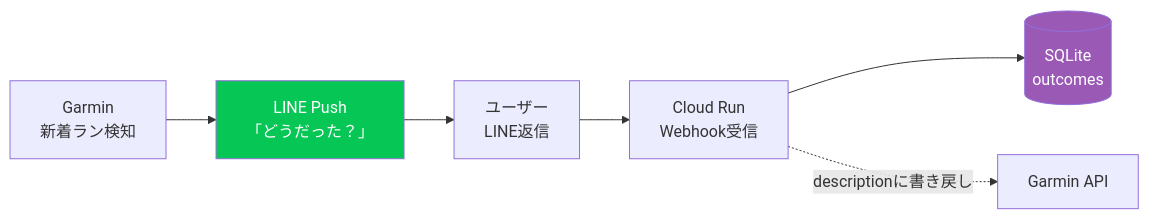
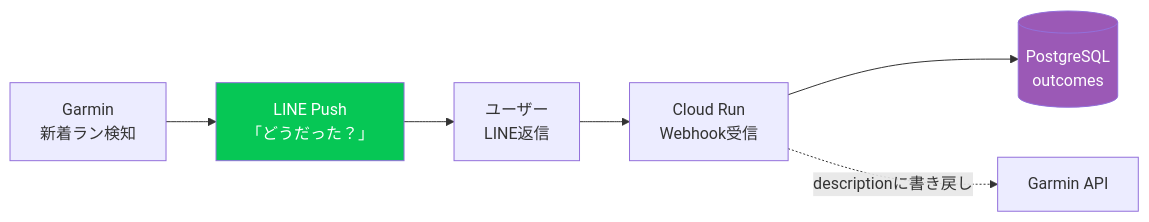
One commit to fuzztarou/run-coach changed the second of 2 diagrams in docs/phase7-line.md. Above: the diagram before and after it, drawn with Mermaid. The commit also changed other lines of this file and 4 other files, not shown here.

````diff
--- a/docs/phase7-line.md
+++ b/docs/phase7-line.md
@@ -29,11 +30,11 @@
 ```mermaid
 flowchart LR
     G[Garmin<br>新着ラン検知] --> PUSH[LINE Push<br>「どうだった？」]
     PUSH --> U[ユーザー<br>LINE返信]
     U --> WH[Cloud Run<br>Webhook受信]
-    WH --> DB[(SQLite<br>outcomes)]
+    WH --> DB[(PostgreSQL<br>outcomes)]
     WH -.->|descriptionに書き戻し| G2[Garmin API]
 
     style PUSH fill:#06C755,color:#fff
     style DB fill:#9b59b6,color:#fff
 ```
````
